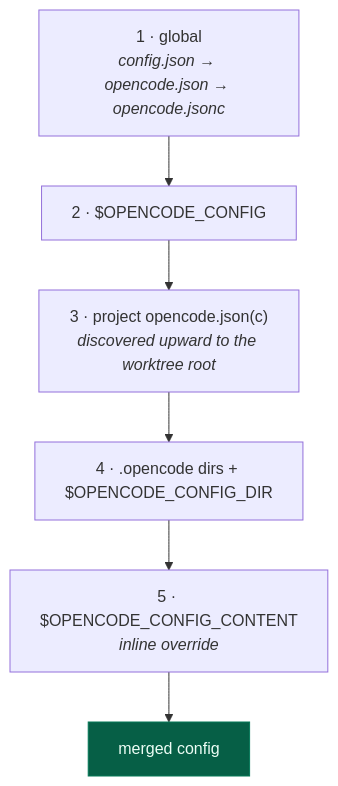
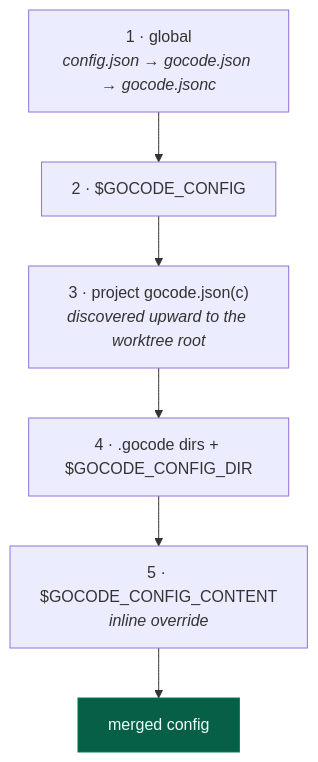
One commit to langazov/gocode changed the diagram in documentation/07-configuration.md. Above: the diagram before and after it, drawn with Mermaid. The commit also changed other lines of this file and 269 other files, not shown here.

````diff
--- a/documentation/07-configuration.md
+++ b/documentation/07-configuration.md
@@ -14,10 +14,10 @@
 ```mermaid
 flowchart TD
-  A["1 · global<br/><i>config.json → opencode.json → opencode.jsonc</i>"] --> B
-  B["2 · $OPENCODE_CONFIG"] --> C
-  C["3 · project opencode.json(c)<br/><i>discovered upward to the worktree root</i>"] --> D
-  D["4 · .opencode dirs + $OPENCODE_CONFIG_DIR"] --> E
-  E["5 · $OPENCODE_CONFIG_CONTENT<br/><i>inline override</i>"] --> F["merged config"]
+  A["1 · global<br/><i>config.json → gocode.json → gocode.jsonc</i>"] --> B
+  B["2 · $GOCODE_CONFIG"] --> C
+  C["3 · project gocode.json(c)<br/><i>discovered upward to the worktree root</i>"] --> D
+  D["4 · .gocode dirs + $GOCODE_CONFIG_DIR"] --> E
+  E["5 · $GOCODE_CONFIG_CONTENT<br/><i>inline override</i>"] --> F["merged config"]
 
   style F fill:#065f46,stroke:#047857,color:#ecfdf5
 ```
````
